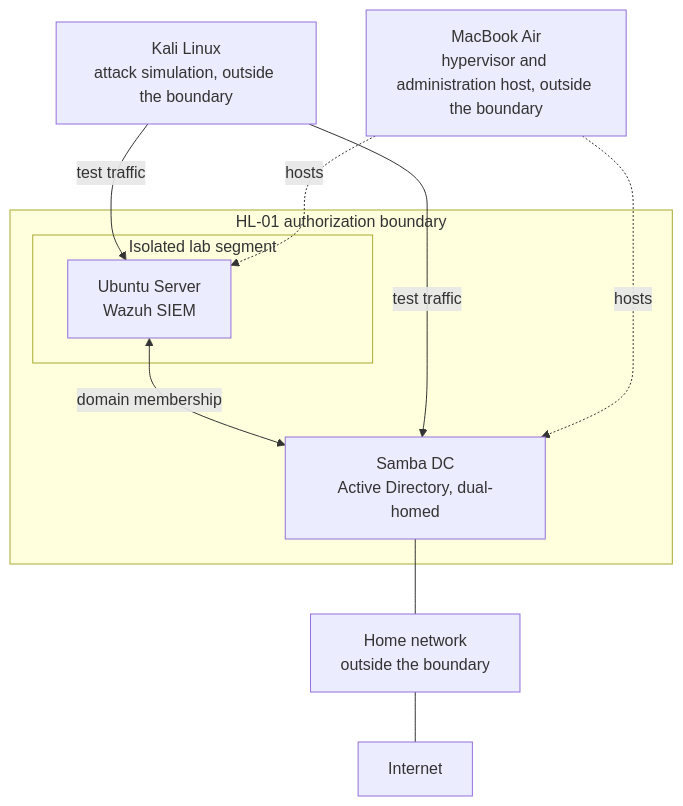
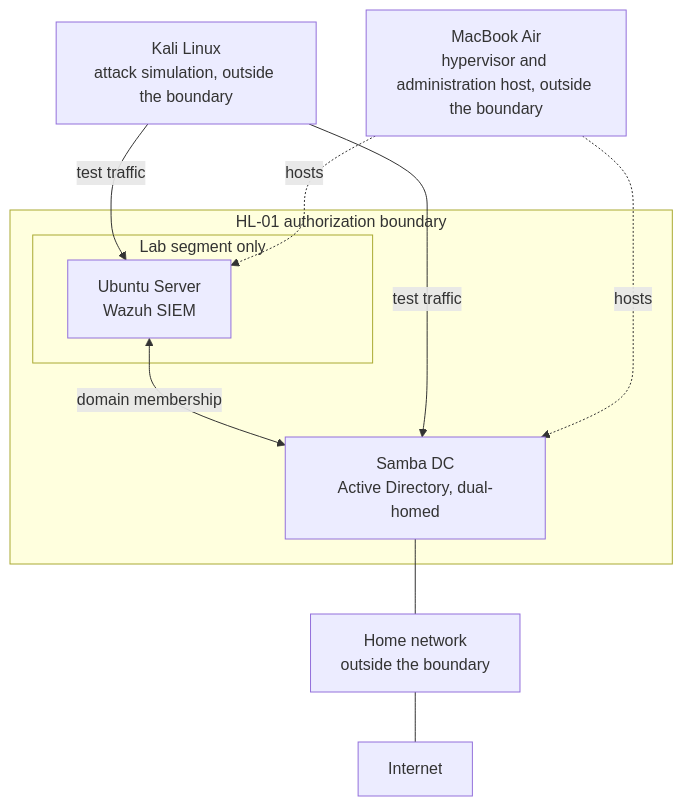
The diagram in system-security-plan.md (JSON-MSON/governance-risk-lab), drawn with Mermaid before and after one commit. The commit also changed other lines of this file and 5 other files, not shown here.

````diff
--- a/system-security-plan.md
+++ b/system-security-plan.md
@@ -135,20 +135,20 @@
 ```mermaid
 flowchart TB
     subgraph BOUNDARY["HL-01 authorization boundary"]
-        subgraph SEG["Isolated lab segment"]
+        subgraph SEG["Lab segment only"]
             SIEM["Ubuntu Server<br/>Wazuh SIEM"]
         end
         DC["Samba DC<br/>Active Directory, dual-homed"]
     end
     ATK["Kali Linux<br/>attack simulation, outside the boundary"]
     HOME["Home network<br/>outside the boundary"]
     HV["MacBook Air<br/>hypervisor and administration host, outside the boundary"]
     NET["Internet"]
     SIEM <-->|"domain membership"| DC
     ATK -->|"test traffic"| SIEM
     ATK -->|"test traffic"| DC
     DC --- HOME
     HOME --- NET
     HV -.->|"hosts"| SIEM
     HV -.->|"hosts"| DC
 ```
````
